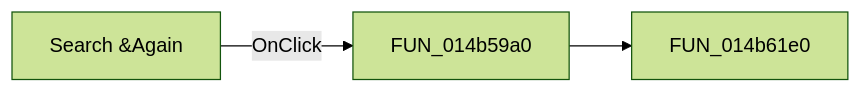
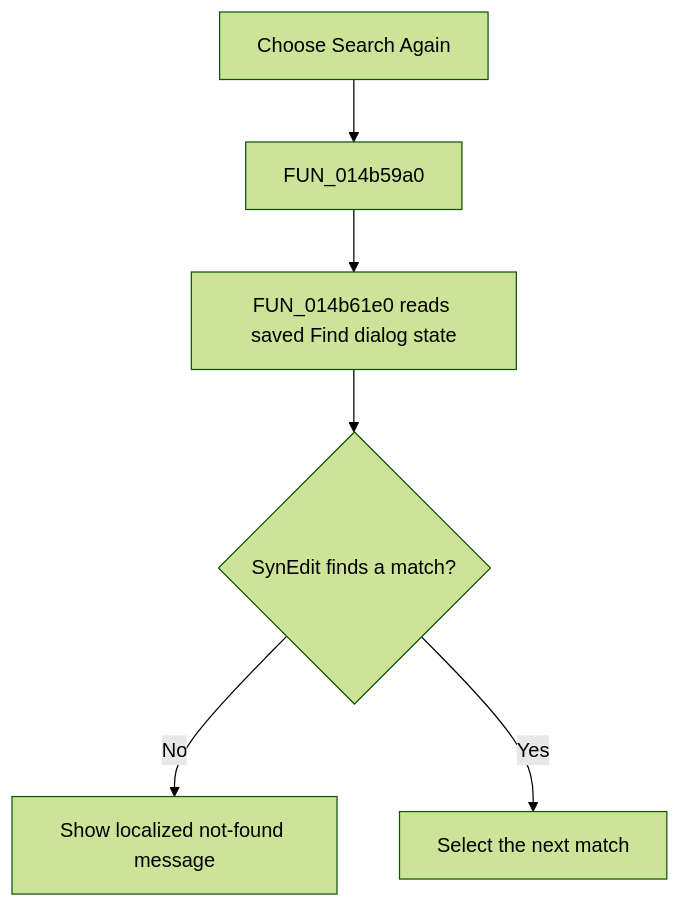
Before and after one commit to MovGP0/TIARA: the diagram in docs/ui-controls/netlistviewer/misearchagain-20c0a8cc0d.md, drawn with Mermaid (forest theme). The commit also changed other lines of this file and 1062 other files, not shown here.

````diff
--- a/docs/ui-controls/netlistviewer/misearchagain-20c0a8cc0d.md
+++ b/docs/ui-controls/netlistviewer/misearchagain-20c0a8cc0d.md
@@ -27,5 +27,8 @@
 ```mermaid
-flowchart LR
-    control["Search &Again"] -->|OnClick| handler["FUN_014b59a0"]
-    handler --> call1["FUN_014b61e0"]
+flowchart TD
+    control["Choose Search Again"] --> handler["FUN_014b59a0"]
+    handler --> find["FUN_014b61e0 reads saved Find dialog state"]
+    find --> result{"SynEdit finds a match?"}
+    result -->|No| notice["Show localized not-found message"]
+    result -->|Yes| select["Select the next match"]
 ```
````
